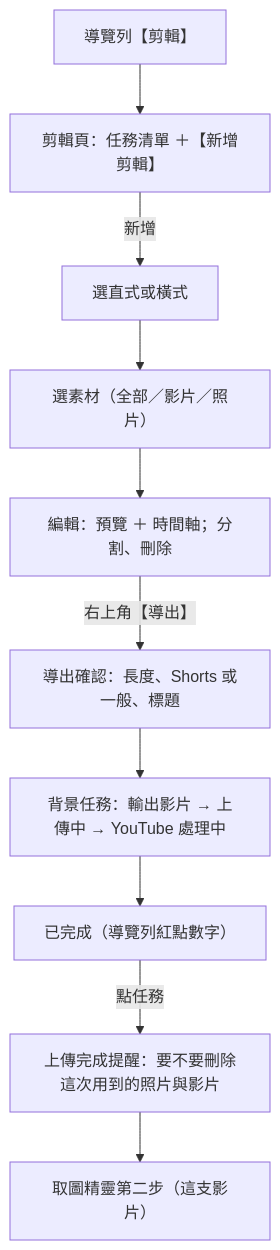
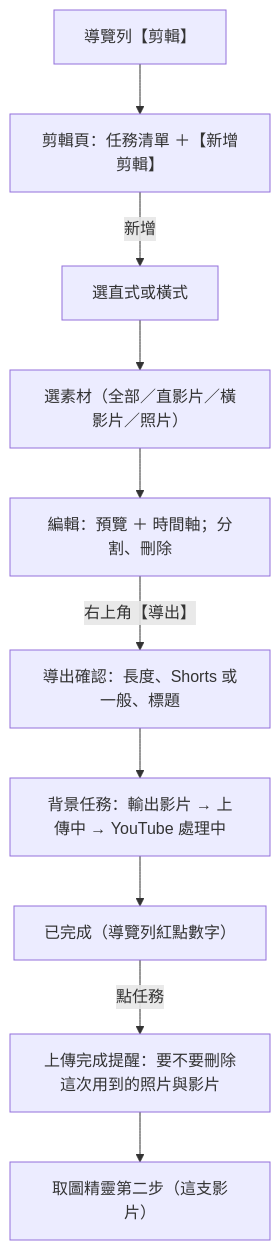
Before and after one commit to ScottChayaa/videoshot: the fourth of 4 diagrams in docs/superpowers/specs/2026-09-10-videoshot-app-design.md, drawn with Mermaid. The commit also changed other lines of this file and 5 other files, not shown here.

````diff
--- a/docs/superpowers/specs/2026-09-10-videoshot-app-design.md
+++ b/docs/superpowers/specs/2026-09-10-videoshot-app-design.md
@@ -1856,12 +1856,12 @@
 ```mermaid
 flowchart TD
     N["導覽列【剪輯】"] --> L["剪輯頁：任務清單 ＋【新增剪輯】"]
     L -->|新增| O["選直式或橫式"]
-    O --> P["選素材（全部／影片／照片）"]
+    O --> P["選素材（全部／直影片／橫影片／照片）"]
     P --> E["編輯：預覽 ＋ 時間軸；分割、刪除"]
     E -->|右上角【導出】| X["導出確認：長度、Shorts 或一般、標題"]
     X --> T["背景任務：輸出影片 → 上傳中 → YouTube 處理中"]
     T --> C["已完成（導覽列紅點數字）"]
     C -->|點任務| D["上傳完成提醒：要不要刪除這次用到的照片與影片"]
     D --> W["取圖精靈第二步（這支影片）"]
 ```
````
